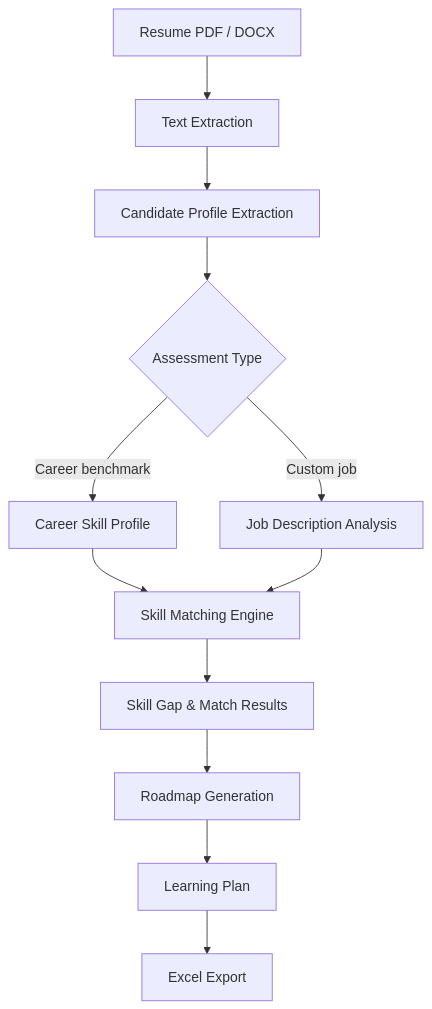
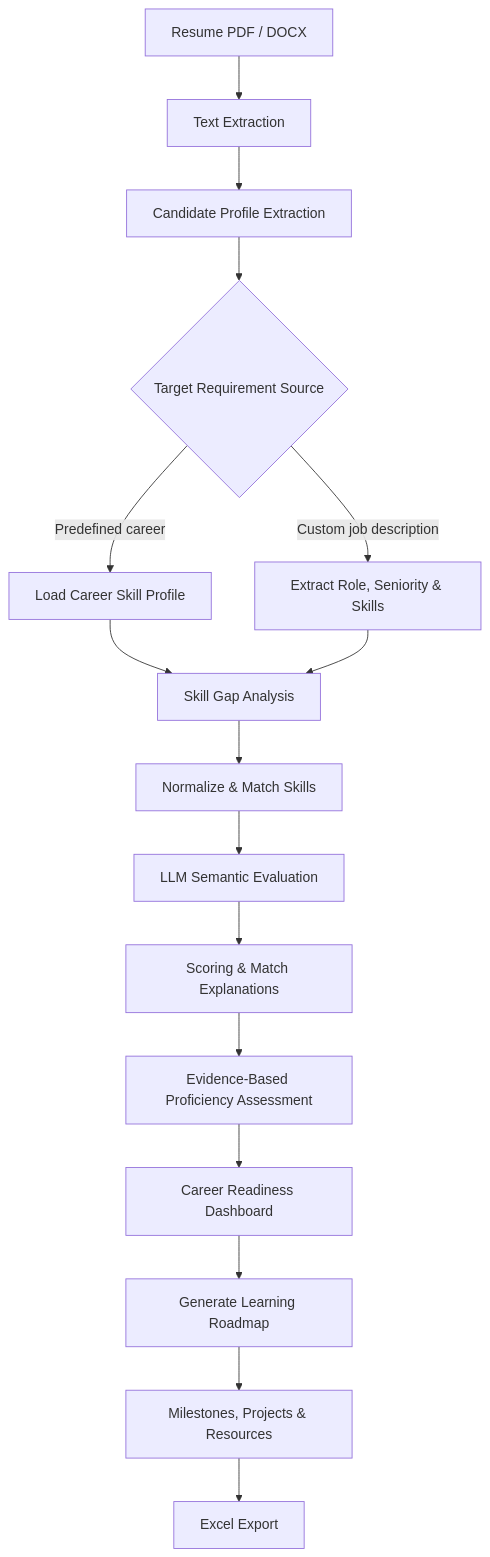
The diagram in README.md (Sujalproject/SkillBridge), drawn with Mermaid before and after one commit. The commit also changed other lines of this file, not shown here.

Commit message:
docs: align README with latest SkillBridge implementation

````diff
--- a/README.md
+++ b/README.md
@@ -50,14 +54,18 @@
 ```mermaid
 flowchart TD
     A[Resume PDF / DOCX] --> B[Text Extraction]
     B --> C[Candidate Profile Extraction]
-    C --> D{Assessment Type}
-    D -->|Career benchmark| E[Career Skill Profile]
-    D -->|Custom job| F[Job Description Analysis]
-    E --> G[Skill Matching Engine]
+    C --> D{Target Requirement Source}
+    D -->|Predefined career| E[Load Career Skill Profile]
+    D -->|Custom job description| F[Extract Role, Seniority & Skills]
+    E --> G[Skill Gap Analysis]
     F --> G
-    G --> H[Skill Gap & Match Results]
-    H --> I[Roadmap Generation]
-    I --> J[Learning Plan]
-    J --> K[Excel Export]
+    G --> H[Normalize & Match Skills]
+    H --> I[LLM Semantic Evaluation]
+    I --> J[Scoring & Match Explanations]
+    J --> K[Evidence-Based Proficiency Assessment]
+    K --> L[Career Readiness Dashboard]
+    L --> M[Generate Learning Roadmap]
+    M --> N[Milestones, Projects & Resources]
+    N --> O[Excel Export]
 ```
````
